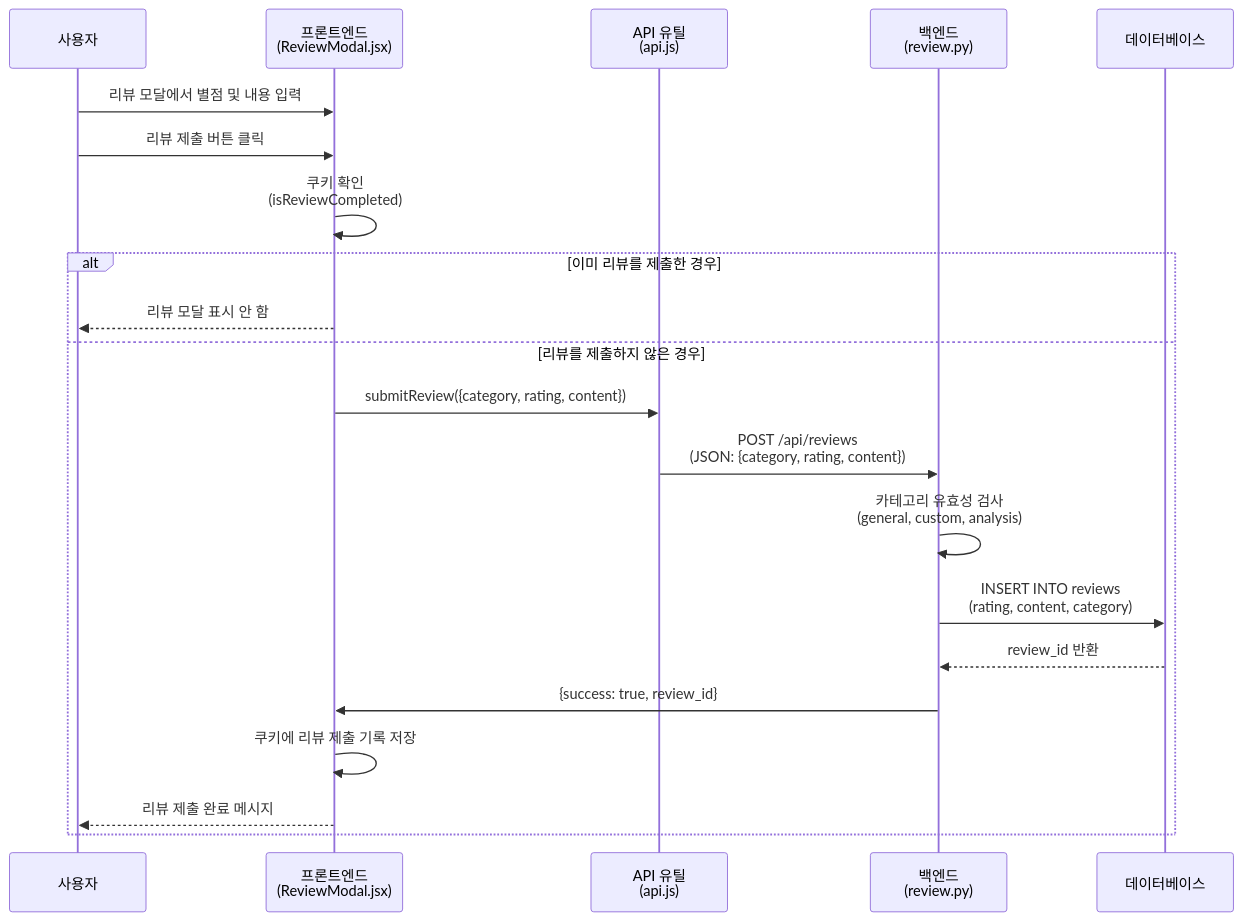
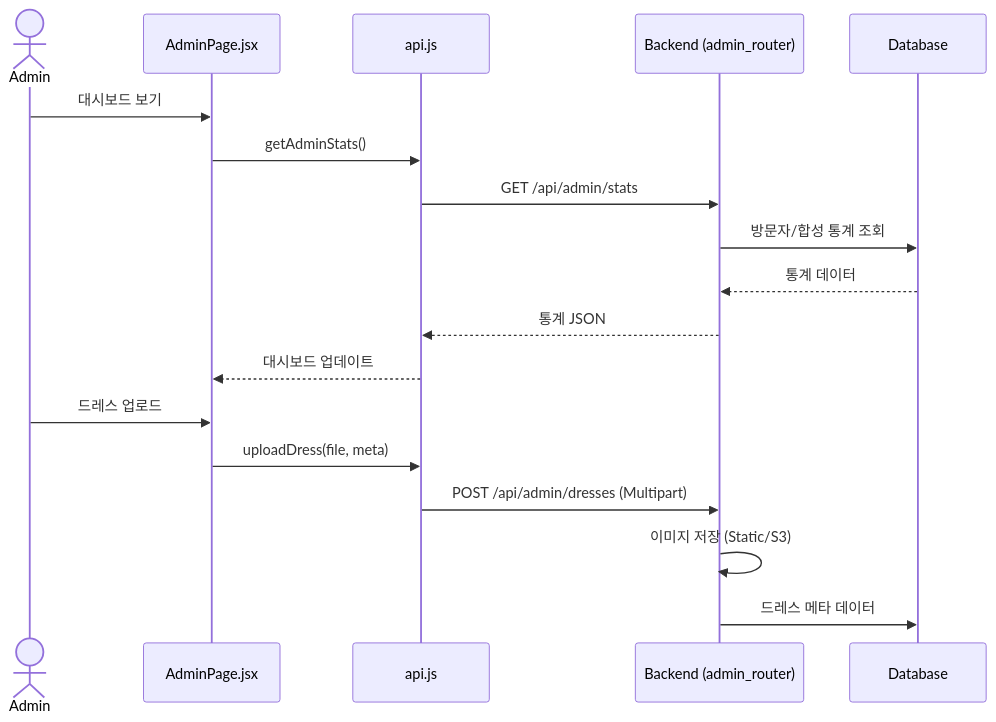
Before and after one commit to MerrydayPrject/final-repo-back: the eighth of 12 diagrams in docs/sequence_diagrams.md, drawn with Mermaid. The commit also changed other lines of this file, not shown here.

Commit message:
diagrams_merged

````diff
--- a/docs/sequence_diagrams.md
+++ b/docs/sequence_diagrams.md
@@ -465,29 +487,22 @@
 ```mermaid
 sequenceDiagram
-    participant User as 사용자
-    participant Frontend as 프론트엔드<br/>(ReviewModal.jsx)
-    participant API as API 유틸<br/>(api.js)
-    participant Backend as 백엔드<br/>(review.py)
-    participant DB as 데이터베이스
+    actor Admin
+    participant Page as AdminPage.jsx
+    participant API as api.js
+    participant BE as Backend (admin_router)
+    participant DB as Database
 
-    User->>Frontend: 리뷰 모달에서 별점 및 내용 입력
-    User->>Frontend: 리뷰 제출 버튼 클릭
-    
-    Frontend->>Frontend: 쿠키 확인<br/>(isReviewCompleted)
-    
-    alt 이미 리뷰를 제출한 경우
-        Frontend-->>User: 리뷰 모달 표시 안 함
-    else 리뷰를 제출하지 않은 경우
-        Frontend->>API: submitReview({category, rating, content})
-        API->>Backend: POST /api/reviews<br/>(JSON: {category, rating, content})
-        
-        Backend->>Backend: 카테고리 유효성 검사<br/>(general, custom, analysis)
-        
-        Backend->>DB: INSERT INTO reviews<br/>(rating, content, category)
-        DB-->>Backend: review_id 반환
-        
-        Backend->>Frontend: {success: true, review_id}
-        Frontend->>Frontend: 쿠키에 리뷰 제출 기록 저장
-        Frontend-->>User: 리뷰 제출 완료 메시지
-    end
+    Admin->>Page: 대시보드 보기
+    Page->>API: getAdminStats()
+    API->>BE: GET /api/admin/stats
+    BE->>DB: 방문자/합성 통계 조회
+    DB-->>BE: 통계 데이터
+    BE-->>API: 통계 JSON
+    API-->>Page: 대시보드 업데이트
+
+    Admin->>Page: 드레스 업로드
+    Page->>API: uploadDress(file, meta)
+    API->>BE: POST /api/admin/dresses (Multipart)
+    BE->>BE: 이미지 저장 (Static/S3)
+    BE->>DB: 드레스 메타 데이터
 ```
````
